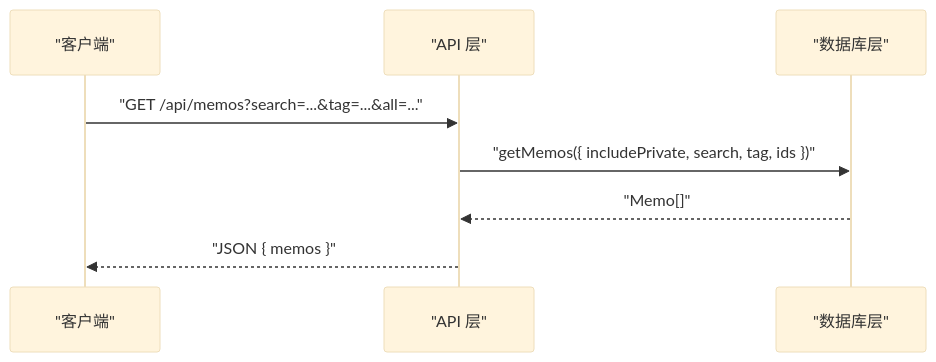
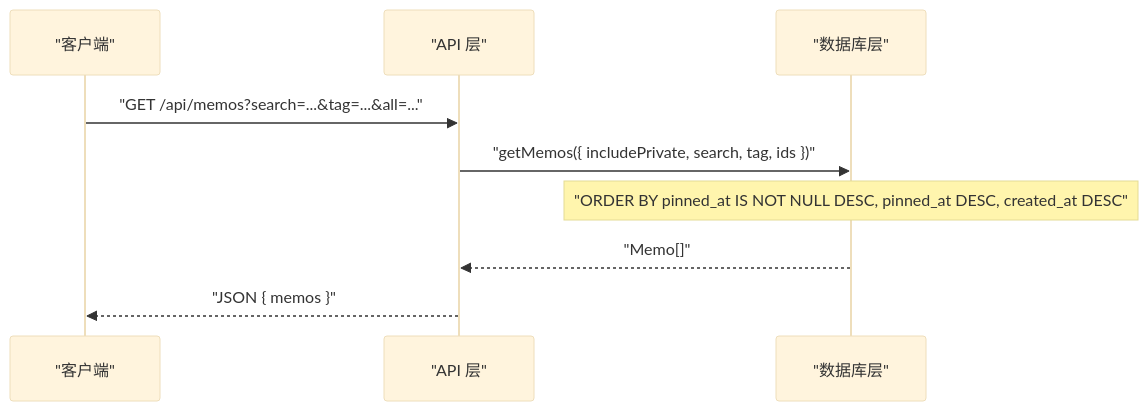
One commit to BlackBoxRecorder/memos changed the fifth of 8 diagrams in .qoder/repowiki/zh/content/数据库设计.md. Above: the diagram before and after it, drawn with Mermaid (base theme). The commit also changed other lines of this file and 10 other files, not shown here.

````diff
--- a/.qoder/repowiki/zh/content/数据库设计.md
+++ b/.qoder/repowiki/zh/content/数据库设计.md
@@ -255,10 +284,11 @@
 ```mermaid
 sequenceDiagram
 participant Client as "客户端"
 participant API as "API 层"
 participant DB as "数据库层"
 Client->>API : "GET /api/memos?search=...&tag=...&all=..."
 API->>DB : "getMemos({ includePrivate, search, tag, ids })"
+Note over DB : "ORDER BY pinned_at IS NOT NULL DESC, pinned_at DESC, created_at DESC"
 DB-->>API : "Memo[]"
 API-->>Client : "JSON { memos }"
 ```
````
